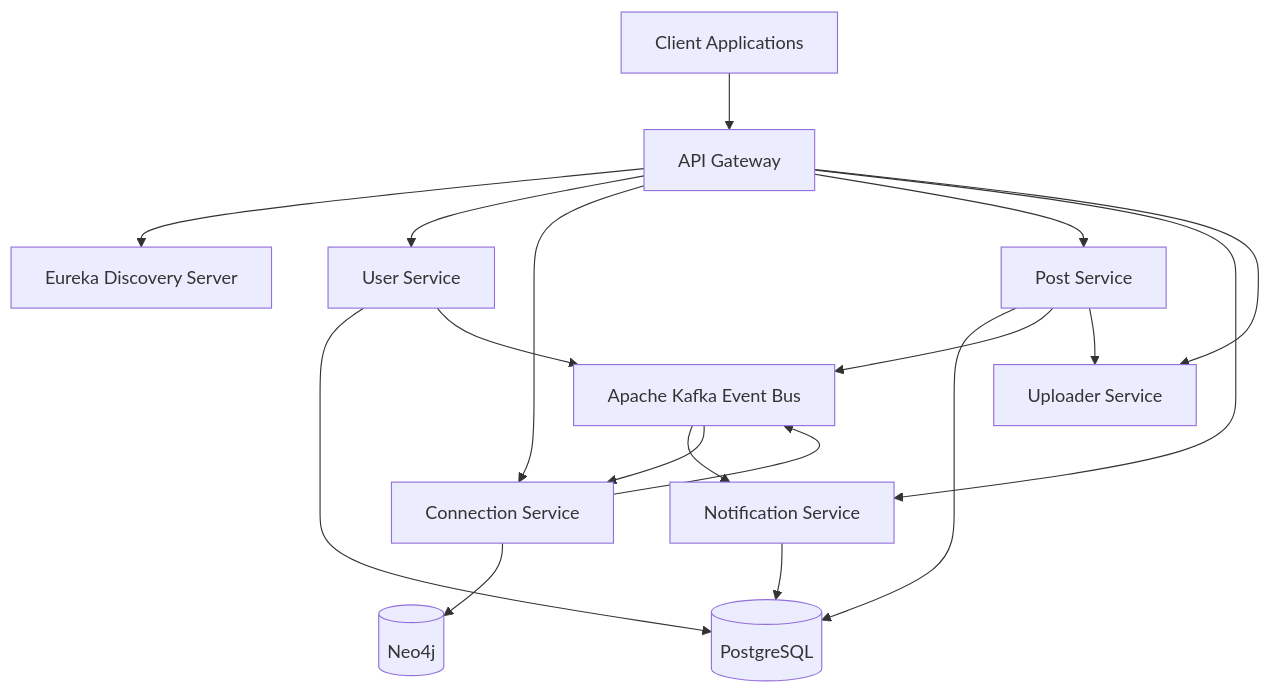
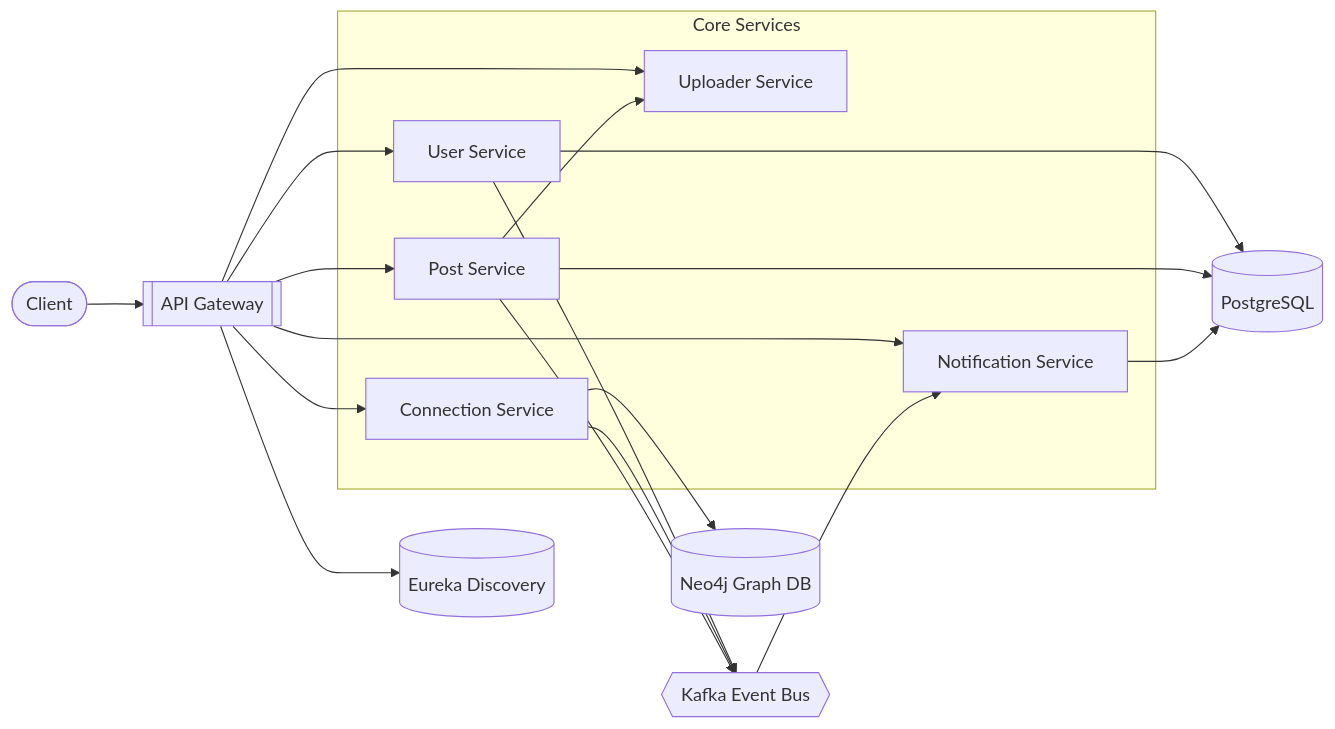
Before and after one commit to Ashudmat/linkedin-distributed-system: the diagram in README.md, drawn with Mermaid.

Commit message:
Added README file

````diff
--- a/README.md
+++ b/README.md
@@ -20,45 +20,44 @@
 ```mermaid
-flowchart TB
+flowchart LR
 
-    Client[Client Applications]
+    Client([Client])
 
-    Gateway[API Gateway]
+    Gateway[[API Gateway]]
+    Eureka[(Eureka Discovery)]
 
-    Discovery[Eureka Discovery Server]
+    subgraph Core Services
+        User[User Service]
+        Connection[Connection Service]
+        Post[Post Service]
+        Notification[Notification Service]
+        Uploader[Uploader Service]
+    end
 
-    User[User Service]
-    Connection[Connection Service]
-    Post[Post Service]
-    Notification[Notification Service]
-    Uploader[Uploader Service]
-
-    Kafka[Apache Kafka Event Bus]
+    Kafka{{Kafka Event Bus}}
 
     Postgres[(PostgreSQL)]
-    Neo4j[(Neo4j)]
+    Neo4j[(Neo4j Graph DB)]
 
     Client --> Gateway
-
-    Gateway --> Discovery
+    Gateway --> Eureka
 
     Gateway --> User
     Gateway --> Connection
     Gateway --> Post
     Gateway --> Notification
     Gateway --> Uploader
 
     User --> Postgres
     Post --> Postgres
     Notification --> Postgres
 
     Connection --> Neo4j
 
     User --> Kafka
     Connection --> Kafka
     Post --> Kafka
 
     Kafka --> Notification
-    Kafka --> Connection
 
     Post --> Uploader
 ```
````
